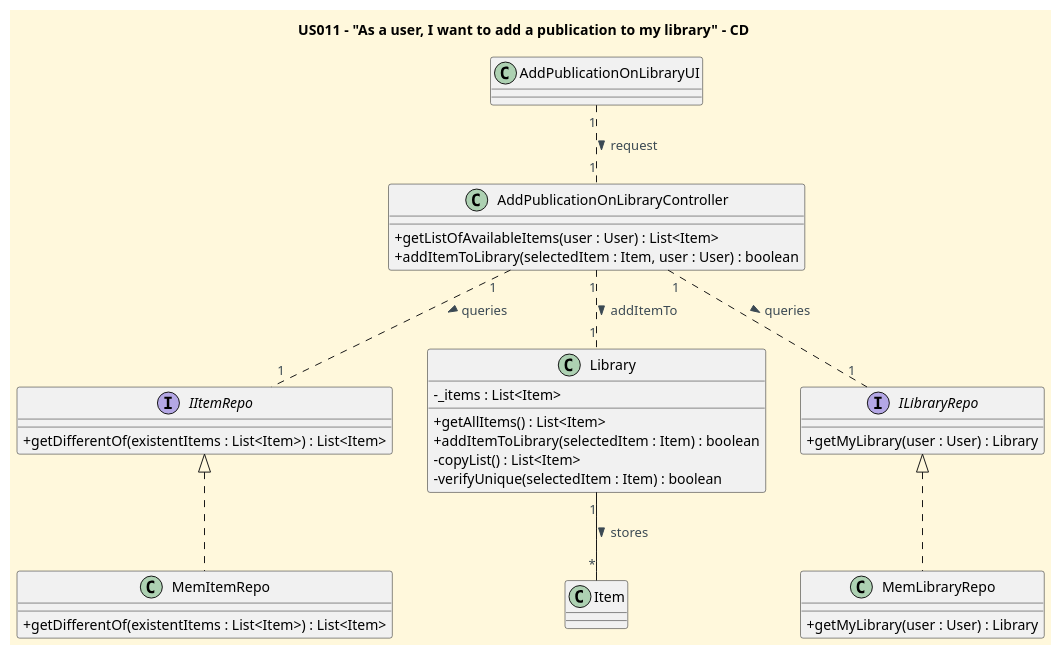
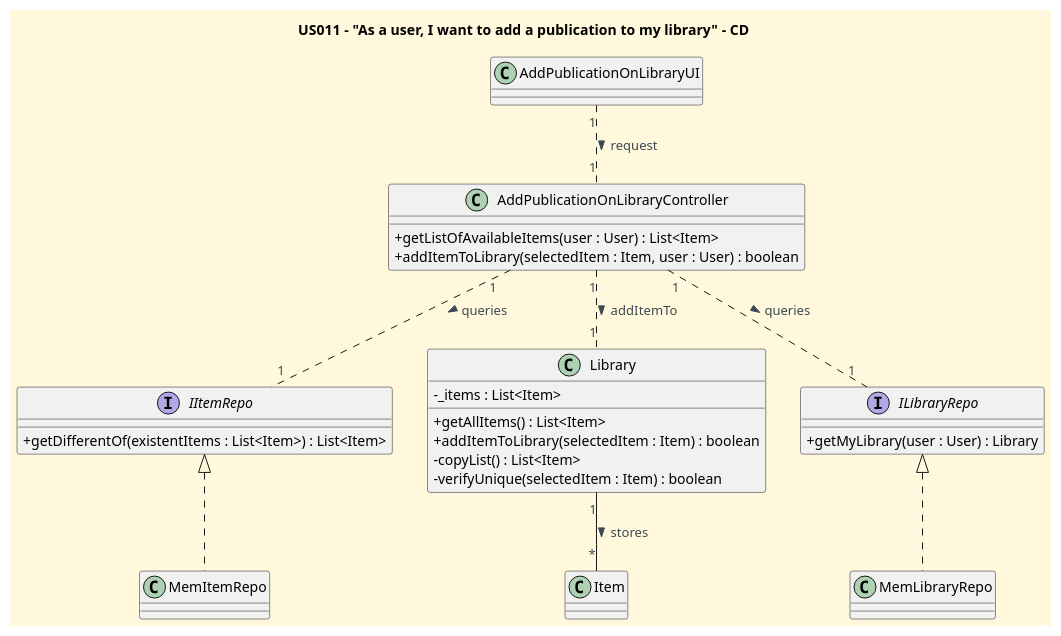
The diagram in docs/userStories/US011/US011_add_publication_to_my_library_CD.puml (CarolinaLeite-collab/JavaMarketplacePlatform), drawn with PlantUML before and after one commit.

Commit message:
docs (US011): minor changes to CD diagram. Adds to #360

```diff
--- a/docs/userStories/US011/US011_add_publication_to_my_library_CD.puml
+++ b/docs/userStories/US011/US011_add_publication_to_my_library_CD.puml
@@ -1,57 +1,55 @@
 @startuml
 'https://plantuml.com/class-diagram
 title US011 – "As a user, I want to add a publication to my library" - CD
 
 skinparam monochrome false
 skinparam shadowing false
 skinparam defaultFontName Futura
 skinparam objectFontSize 20
 skinparam backgroundColor CornSilk
 skinparam objectBackgroundColor WhiteSmoke
 skinparam noteBackgroundColor #FFFFE0
 skinparam ArrowFontColor #3B4953
 skinparam ActivationBackgroundColor black
 skinparam classAttributeIconSize 0
 
 class AddPublicationOnLibraryUI
 
 class AddPublicationOnLibraryController {
     + getListOfAvailableItems(user : User) : List<Item>
     + addItemToLibrary(selectedItem : Item, user : User) : boolean
 }
 
 interface IItemRepo {
     + getDifferentOf(existentItems : List<Item>) : List<Item>
 }
 
 class Library {
     - _items : List<Item>
     + getAllItems() : List<Item>
     + addItemToLibrary(selectedItem : Item) : boolean
     - copyList() : List<Item>
     - verifyUnique(selectedItem : Item) : boolean
 }
 
 interface ILibraryRepo {
      + getMyLibrary(user : User) : Library
 }
 
 class Item {}
 
 class MemLibraryRepo {
-     + getMyLibrary(user : User) : Library
 }
 
 class MemItemRepo {
-    + getDifferentOf(existentItems : List<Item>) : List<Item>
 }
 
 
 AddPublicationOnLibraryUI "1" .. "1" AddPublicationOnLibraryController : request >
 AddPublicationOnLibraryController "1" .. "1" IItemRepo : queries >
 AddPublicationOnLibraryController "1" .. "1" Library : addItemTo >
 AddPublicationOnLibraryController "1" .. "1" ILibraryRepo : queries >
 Library "1" -- "*" Item : stores >
 IItemRepo <|.. MemItemRepo
 ILibraryRepo <|.. MemLibraryRepo
 @enduml
```
